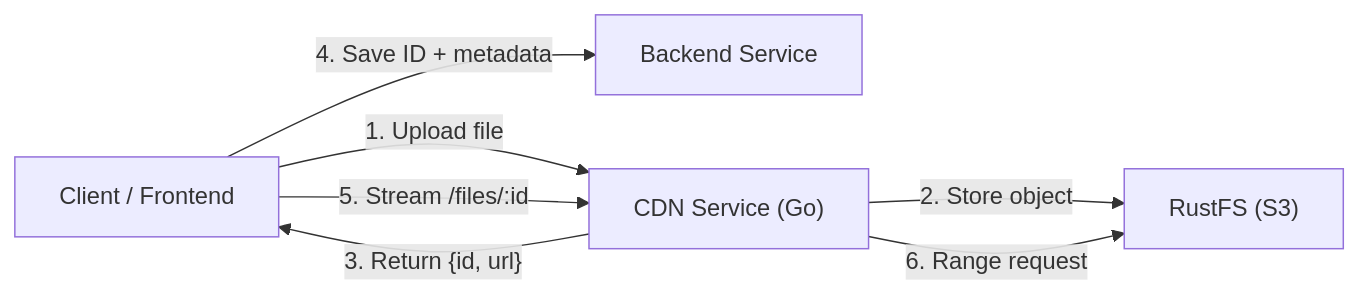
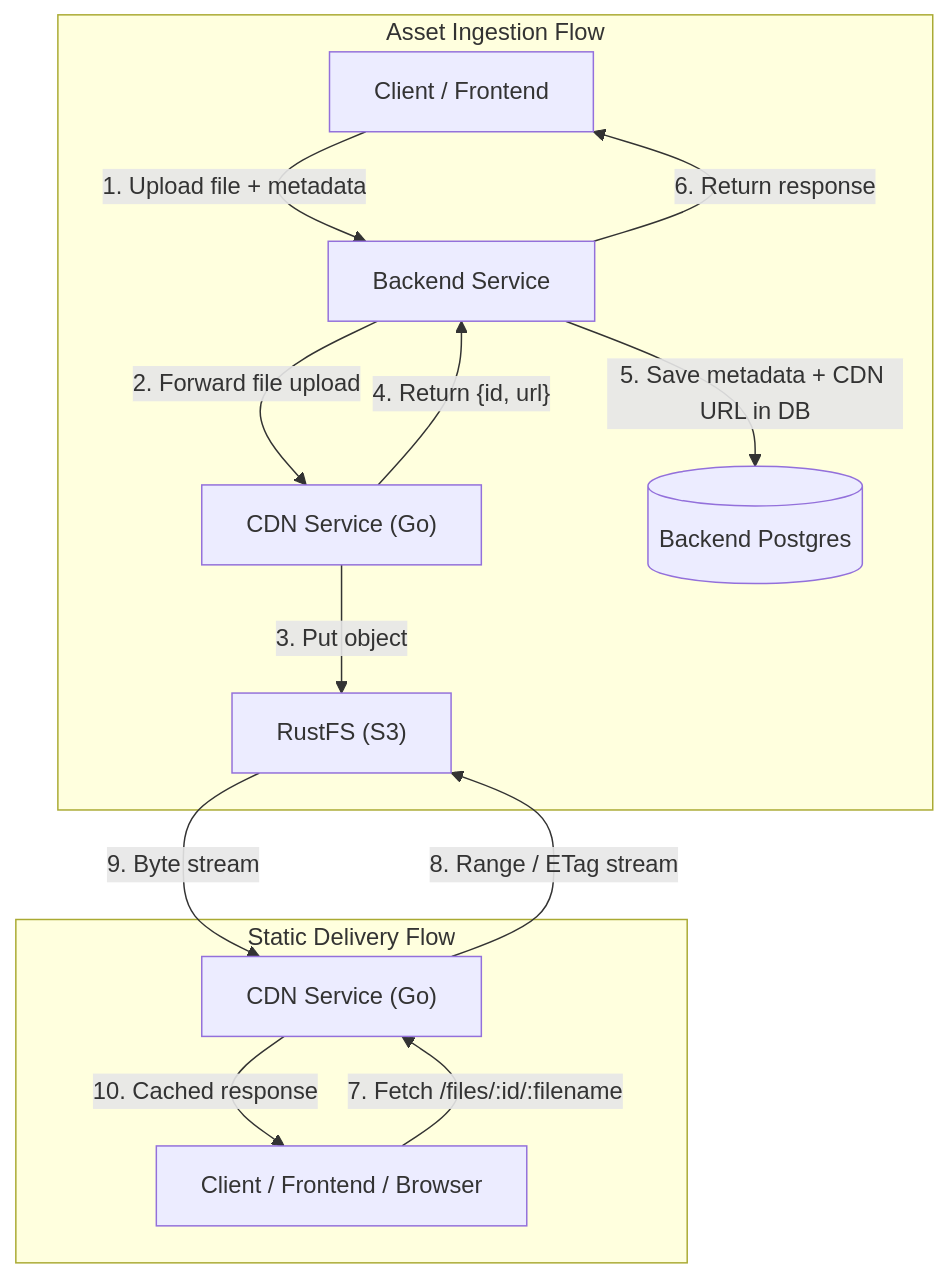
Before and after one commit to khushis142/brAIn.gAIm: the diagram in cdn/README.md, drawn with Mermaid. The commit also changed 1 other file, not shown here.

Commit message:
docs: update architecture diagram and add deployment docker-compose

````diff
--- a/cdn/README.md
+++ b/cdn/README.md
@@ -16,14 +16,18 @@
 ```mermaid
-flowchart LR
-    Client["Client / Frontend"]
-    Backend["Backend Service"]
-    CDN["CDN Service (Go)"]
-    RustFS["RustFS (S3)"]
+flowchart TD
+    subgraph Ingestion["Asset Ingestion Flow"]
+        ClientIn["Client / Frontend"] -->|"1. Upload file + metadata"| Backend["Backend Service"]
+        Backend -->|"2. Forward file upload"| CDN["CDN Service (Go)"]
+        CDN -->|"3. Put object"| RustFS["RustFS (S3)"]
+        CDN -->|"4. Return {id, url}"| Backend
+        Backend -->|"5. Save metadata + CDN URL in DB"| BackendDB[("Backend Postgres")]
+        Backend -->|"6. Return response"| ClientIn
+    end
 
-    Client -->|"1. Upload file"| CDN
-    CDN -->|"2. Store object"| RustFS
-    CDN -->|"3. Return {id, url}"| Client
-    Client -->|"4. Save ID + metadata"| Backend
-    Client -->|"5. Stream /files/:id"| CDN
-    CDN -->|"6. Range request"| RustFS
+    subgraph Delivery["Static Delivery Flow"]
+        ClientOut["Client / Frontend / Browser"] -->|"7. Fetch /files/:id/:filename"| CDNDeliv["CDN Service (Go)"]
+        CDNDeliv -->|"8. Range / ETag stream"| RustFS
+        RustFS -->|"9. Byte stream"| CDNDeliv
+        CDNDeliv -->|"10. Cached response"| ClientOut
+    end
 ```
````
